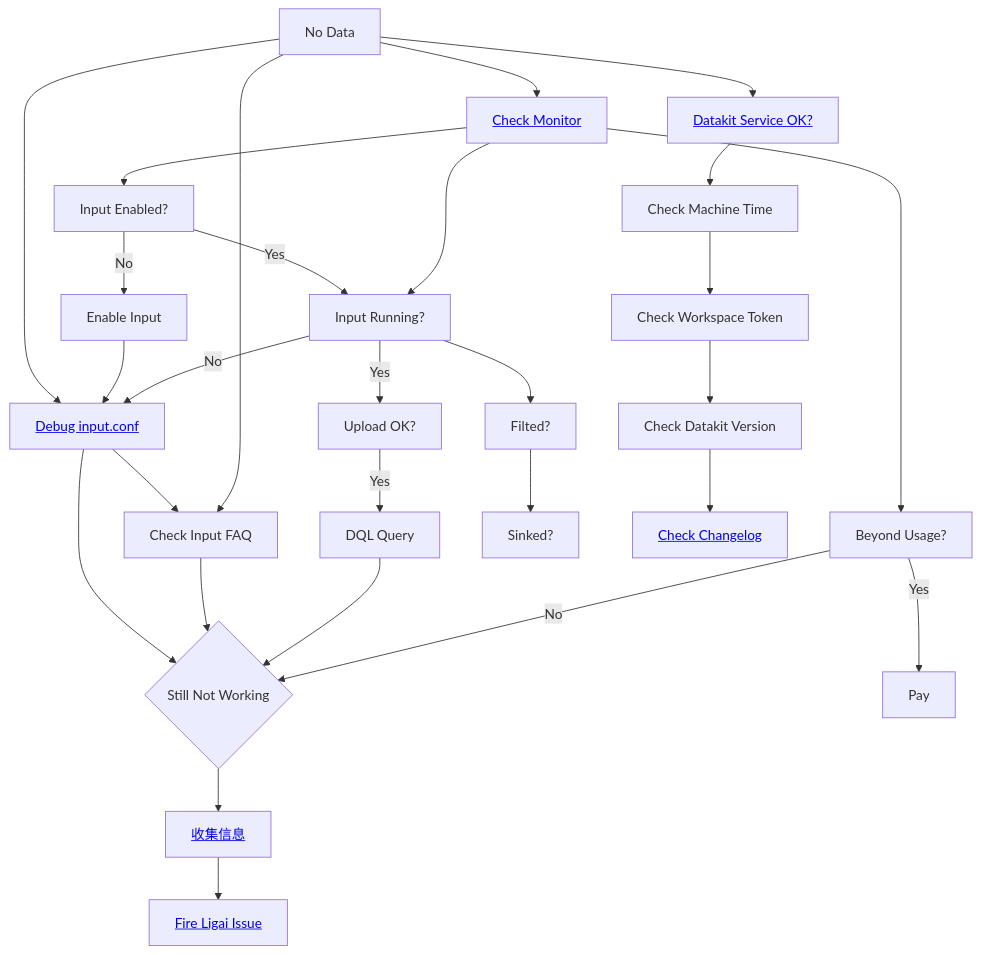
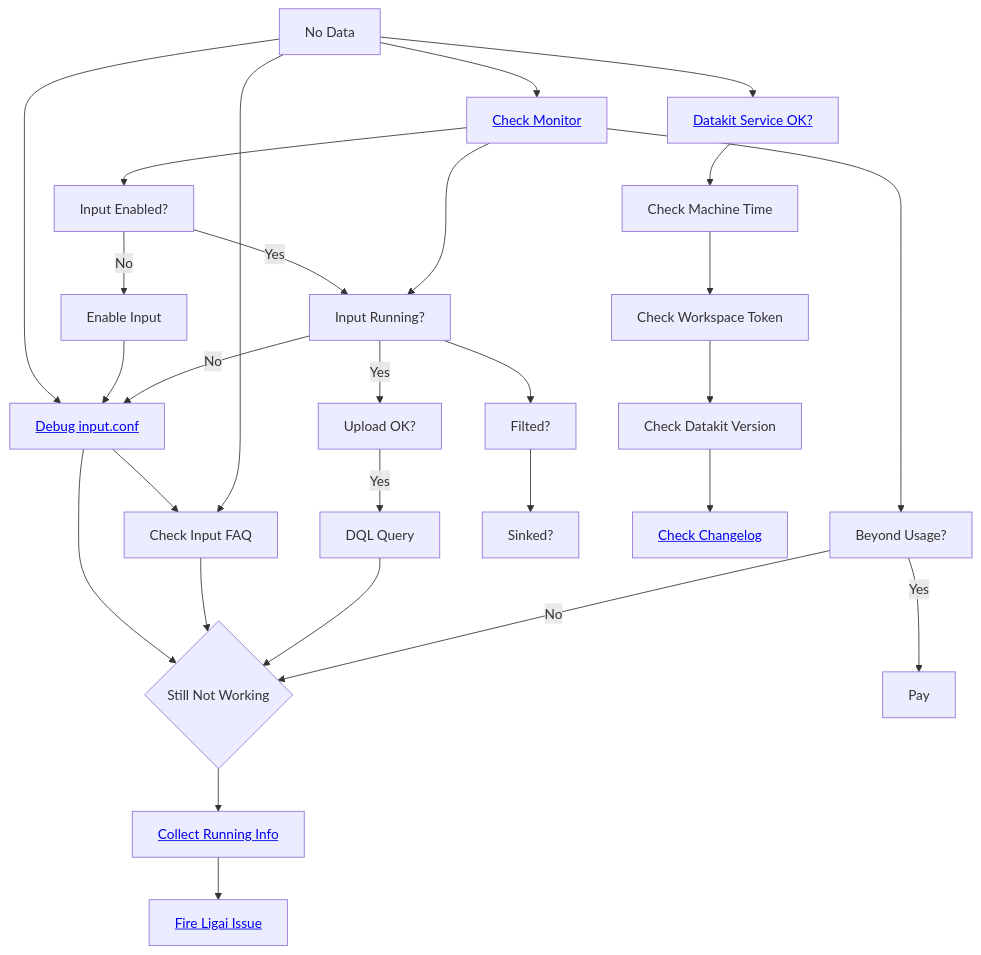
One commit to GuanceCloud/datakit changed the diagram in internal/export/doc/en/why-no-data.md. Above: the diagram before and after it, drawn with Mermaid. The commit also changed 2 other files, not shown here.

````diff
--- a/internal/export/doc/en/why-no-data.md
+++ b/internal/export/doc/en/why-no-data.md
@@ -10,50 +10,50 @@
 ``` mermaid
 graph TD
   %% node definitions
   no_data[No Data];
   debug_fail{Still Not Working};
   monitor[<a href='https://docs.guance.com/datakit/datakit-monitor/'>Check Monitor</a>];
   debug_input[<a href='https://docs.guance.com/datakit/why-no-data/#check-input-conf'>Debug input.conf</a>];
   read_faq[Check Input FAQ];
   dql[DQL Query];
   beyond_usage[Beyond Usage?];
   pay[Pay];
   filtered[Filted?];
   sinked[Sinked?];
   check_time[Check Machine Time];
   check_token[Check Workspace Token];
   check_version[Check Datakit Version];
   dk_service_ok[<a href='https://docs.guance.com/datakit/datakit-service-how-to/'>Datakit Service OK?</a>];
   check_changelog[<a href='https://docs.guance.com/datakit/changelog'>Check Changelog</a>];
   is_input_ok[Input Running?];
   is_input_enabled[Input Enabled?];
   enable_input[Enable Input];
   dataway_upload_ok[Upload OK?];
   ligai[<a href='https://ligai.cn/'>Fire Ligai Issue</a>];
 
   no_data --> dk_service_ok --> check_time --> check_token --> check_version --> check_changelog;
 
   no_data --> monitor;
   no_data --> debug_input --> debug_fail;
   debug_input --> read_faq;
   no_data --> read_faq --> debug_fail;
   dql --> debug_fail;
 
   monitor --> beyond_usage -->|No| debug_fail;
   beyond_usage -->|Yes| pay;
 
   monitor --> is_input_enabled;
 
   is_input_enabled -->|Yes| is_input_ok;
   is_input_enabled -->|No| enable_input --> debug_input;
 
   monitor --> is_input_ok -->|No| debug_input;
 
   is_input_ok -->|Yes| dataway_upload_ok -->|Yes| dql;
   is_input_ok --> filtered --> sinked;
 
-  trouble_shooting[<a href='https://docs.guance.com/datakit/why-no-data/#bug-report'>收集信息</a>];
+  trouble_shooting[<a href='https://docs.guance.com/datakit/why-no-data/#bug-report'>Collect Running Info</a>];
 
   debug_fail --> trouble_shooting;
   trouble_shooting --> ligai;
 ```
````
